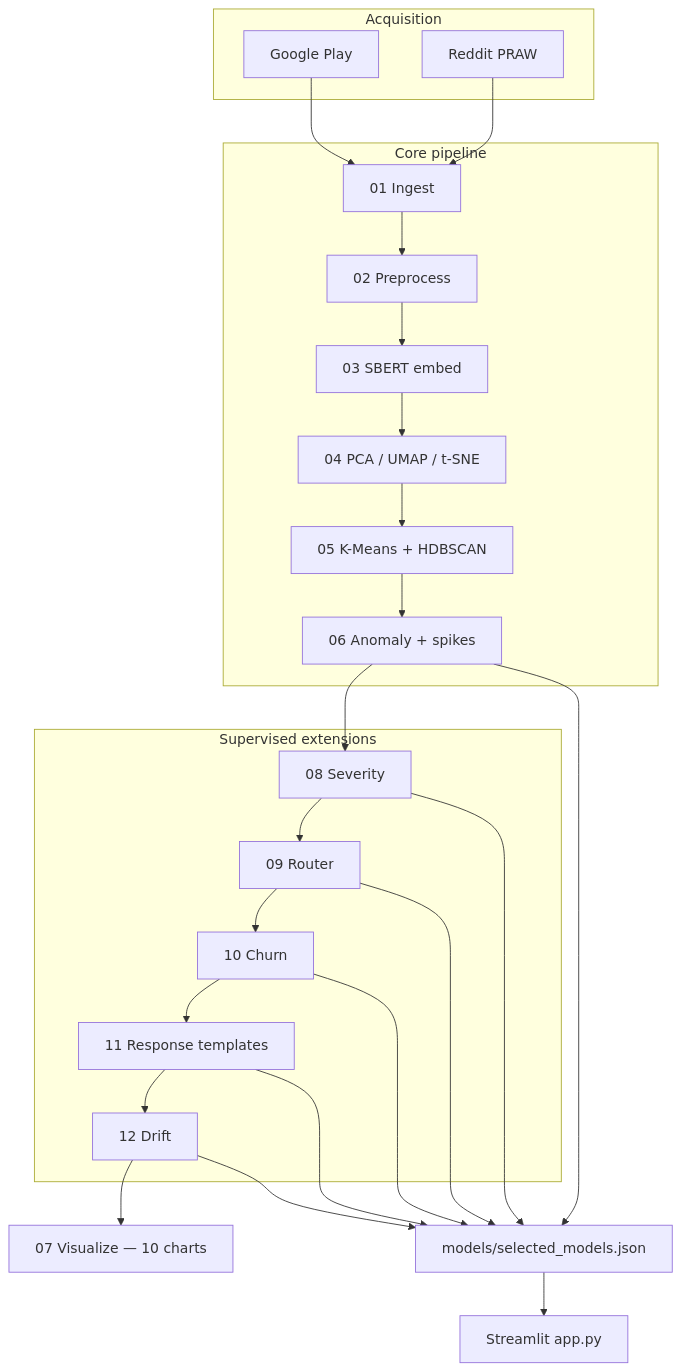
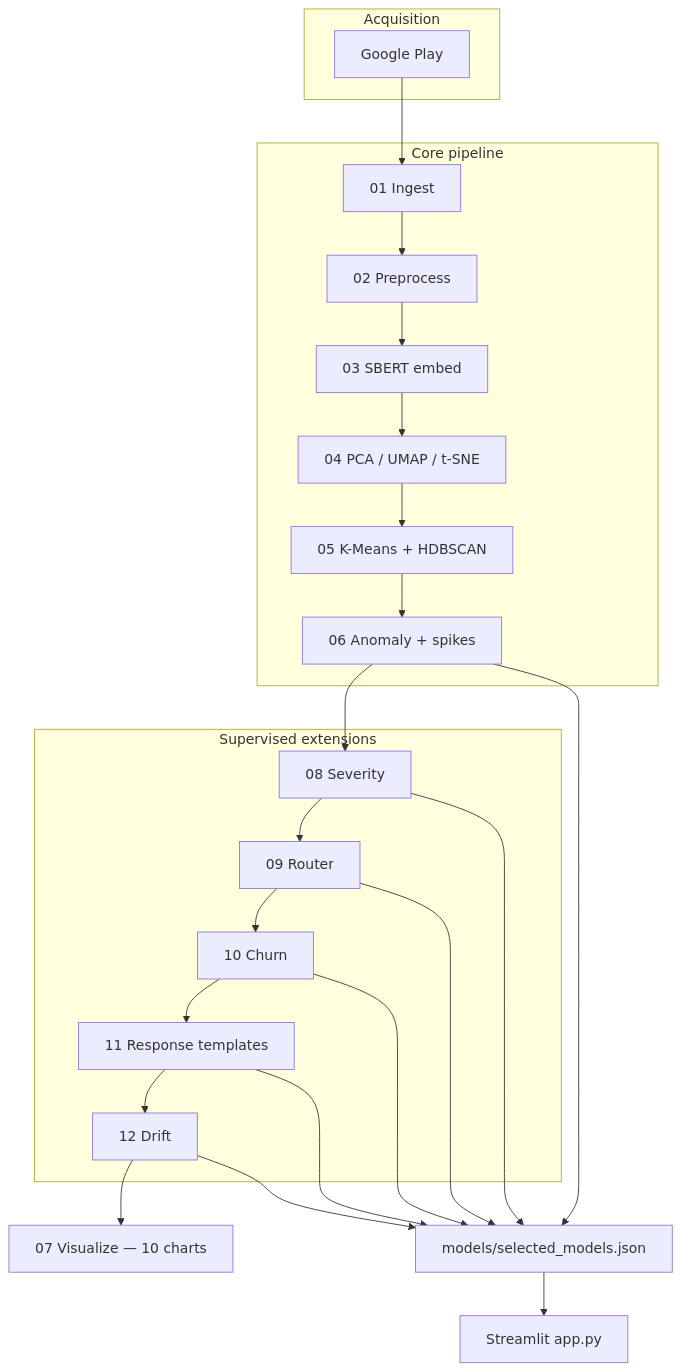
One commit to devikajonjale/Complaint-Intelligence-Engine-for-Indian-E-Commerce changed the second of 3 diagrams in PROJECT_SUMMARY.md. Above: the diagram before and after it, drawn with Mermaid. The commit also changed other lines of this file and 27 other files, not shown here.

````diff
--- a/PROJECT_SUMMARY.md
+++ b/PROJECT_SUMMARY.md
@@ -103,38 +101,36 @@
 ```mermaid
 flowchart TB
   subgraph ingest["Acquisition"]
     GP[Google Play]
-    RD[Reddit PRAW]
   end
 
   subgraph core["Core pipeline"]
     S01[01 Ingest]
     S02[02 Preprocess]
     S03[03 SBERT embed]
     S04[04 PCA / UMAP / t-SNE]
     S05[05 K-Means + HDBSCAN]
     S06[06 Anomaly + spikes]
   end
 
   subgraph ml["Supervised extensions"]
     S08[08 Severity]
     S09[09 Router]
     S10[10 Churn]
     S11[11 Response templates]
     S12[12 Drift]
   end
 
   S07[07 Visualize — 10 charts]
 
   GP --> S01
-  RD --> S01
   S01 --> S02 --> S03 --> S04 --> S05 --> S06
   S06 --> S08 --> S09 --> S10 --> S11 --> S12 --> S07
   S06 --> REG[models/selected_models.json]
   S08 --> REG
   S09 --> REG
   S10 --> REG
   S11 --> REG
   S12 --> REG
   REG --> APP[Streamlit app.py]
 ```
````
